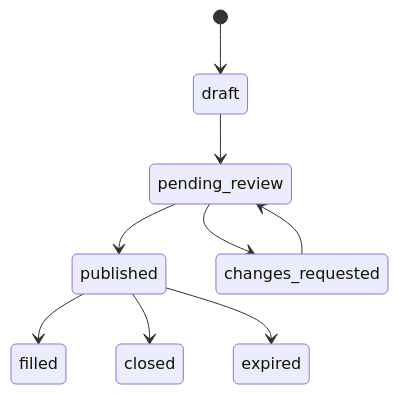
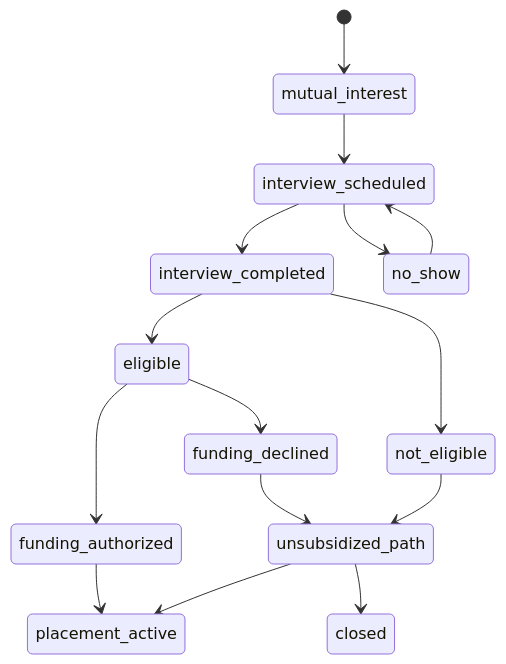
One commit to SteveWeed79/opp-eco changed the fifth of 6 diagrams in docs/user-story.md. Above: the diagram before and after it, drawn with Mermaid. The commit also changed other lines of this file and 1 other file, not shown here.

First line of the commit message:
Add market-based rollout and reframe the workforce interview

````diff
--- a/docs/user-story.md
+++ b/docs/user-story.md
@@ -138,11 +231,17 @@
 ```mermaid
 stateDiagram-v2
-    [*] --> draft
-    draft --> pending_review
-    pending_review --> published
-    pending_review --> changes_requested
-    changes_requested --> pending_review
-    published --> filled
-    published --> closed
-    published --> expired
+    [*] --> mutual_interest
+    mutual_interest --> interview_scheduled
+    interview_scheduled --> interview_completed
+    interview_scheduled --> no_show
+    no_show --> interview_scheduled
+    interview_completed --> eligible
+    interview_completed --> not_eligible
+    eligible --> funding_authorized
+    eligible --> funding_declined
+    funding_authorized --> placement_active
+    not_eligible --> unsubsidized_path
+    funding_declined --> unsubsidized_path
+    unsubsidized_path --> placement_active
+    unsubsidized_path --> closed
 ```
````
